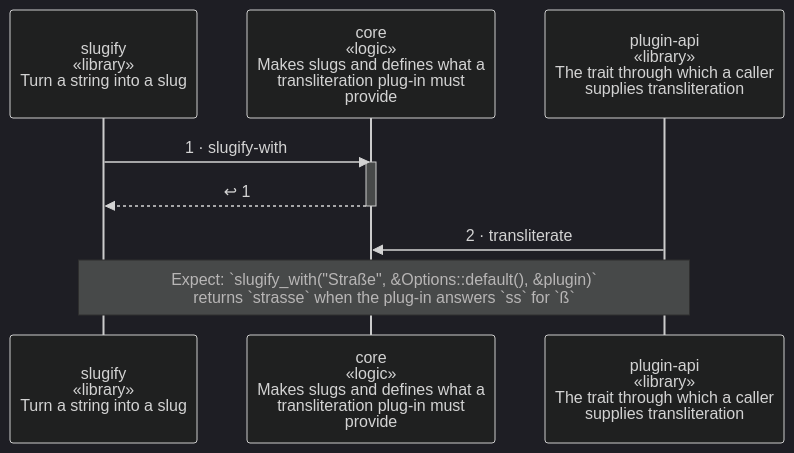
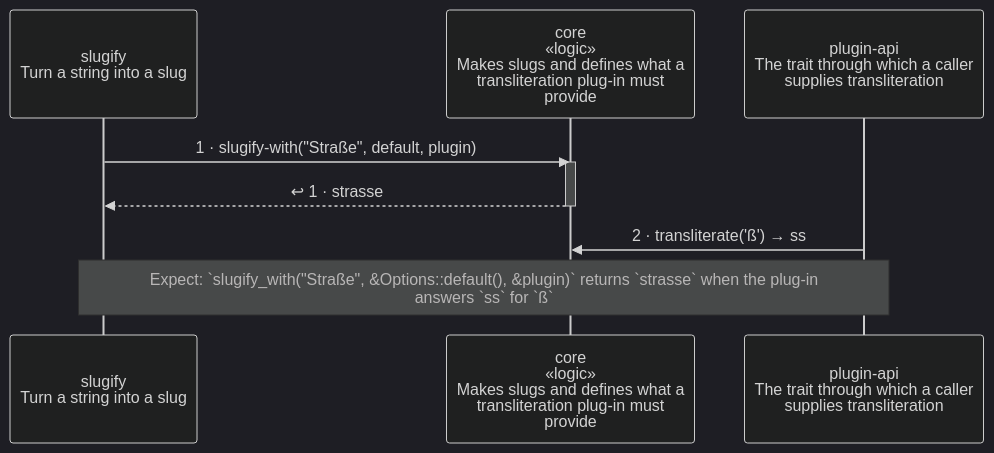
Before and after one commit to wackazong/unifold: the diagram in examples/slugline/docs/diagrams/scenario-library-call.md, drawn with Mermaid (dark theme). The commit also changed other lines of this file and 16 other files, not shown here.

````diff
--- a/examples/slugline/docs/diagrams/scenario-library-call.md
+++ b/examples/slugline/docs/diagrams/scenario-library-call.md
@@ -12,17 +12,17 @@
 ```mermaid
 ---
 config:
   sequence:
     height: 108
 ---
 sequenceDiagram
-  participant pslugify as slugify<br/>«library»<br/>Turn a string into a slug
+  participant pslugify as slugify<br/>Turn a string into a slug
   participant pcore as core<br/>«logic»<br/>Makes slugs and defines what a<br/>transliteration plug-in must<br/>provide
-  participant pplugin_dapi as plugin-api<br/>«library»<br/>The trait through which a caller<br/>supplies transliteration
-  pslugify->>pcore: 1 · slugify-with
+  participant pplugin_dapi as plugin-api<br/>The trait through which a caller<br/>supplies transliteration
+  pslugify->>pcore: 1 · slugify-with(#quot;Straße#quot;, default, plugin)
   activate pcore
-  pcore-->>pslugify: ↩ 1
+  pcore-->>pslugify: ↩ 1 · strasse
   deactivate pcore
-  pplugin_dapi->>pcore: 2 · transliterate
+  pplugin_dapi->>pcore: 2 · transliterate('ß') → ss
   Note over pslugify,pplugin_dapi: wrap: Expect: `slugify_with(#quot;Straße#quot;, &Options::default(), &plugin)` returns `strasse` when the plug-in answers `ss` for `ß`
 ```
````
